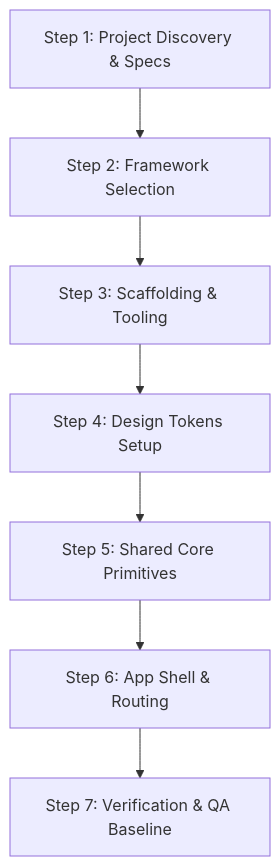
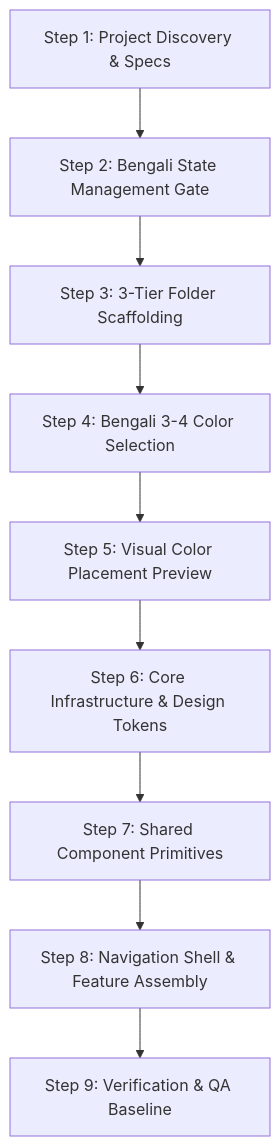
The diagram in workflows/new-project.md (juwelzan/human-ui-engineering), drawn with Mermaid before and after one commit. The commit also changed other lines of this file and 26 other files, not shown here.

Commit message:
feat(human-flutter): implement permission-first Bengali decision system and mandatory 3-tier architecture (v4.1.0)

````diff
--- a/workflows/new-project.md
+++ b/workflows/new-project.md
@@ -17,9 +11,11 @@
 ```mermaid
 flowchart TD
-    S1[Step 1: Project Discovery & Specs] --> S2[Step 2: Framework Selection]
-    S2 --> S3[Step 3: Scaffolding & Tooling]
-    S3 --> S4[Step 4: Design Tokens Setup]
-    S4 --> S5[Step 5: Shared Core Primitives]
-    S5 --> S6[Step 6: App Shell & Routing]
-    S6 --> S7[Step 7: Verification & QA Baseline]
+    S1["Step 1: Project Discovery & Specs"] --> S2["Step 2: Bengali State Management Gate"]
+    S2 --> S3["Step 3: 3-Tier Folder Scaffolding"]
+    S3 --> S4["Step 4: Bengali 3-4 Color Selection"]
+    S4 --> S5["Step 5: Visual Color Placement Preview"]
+    S5 --> S6["Step 6: Core Infrastructure & Design Tokens"]
+    S6 --> S7["Step 7: Shared Component Primitives"]
+    S7 --> S8["Step 8: Navigation Shell & Feature Assembly"]
+    S8 --> S9["Step 9: Verification & QA Baseline"]
 ```
````
